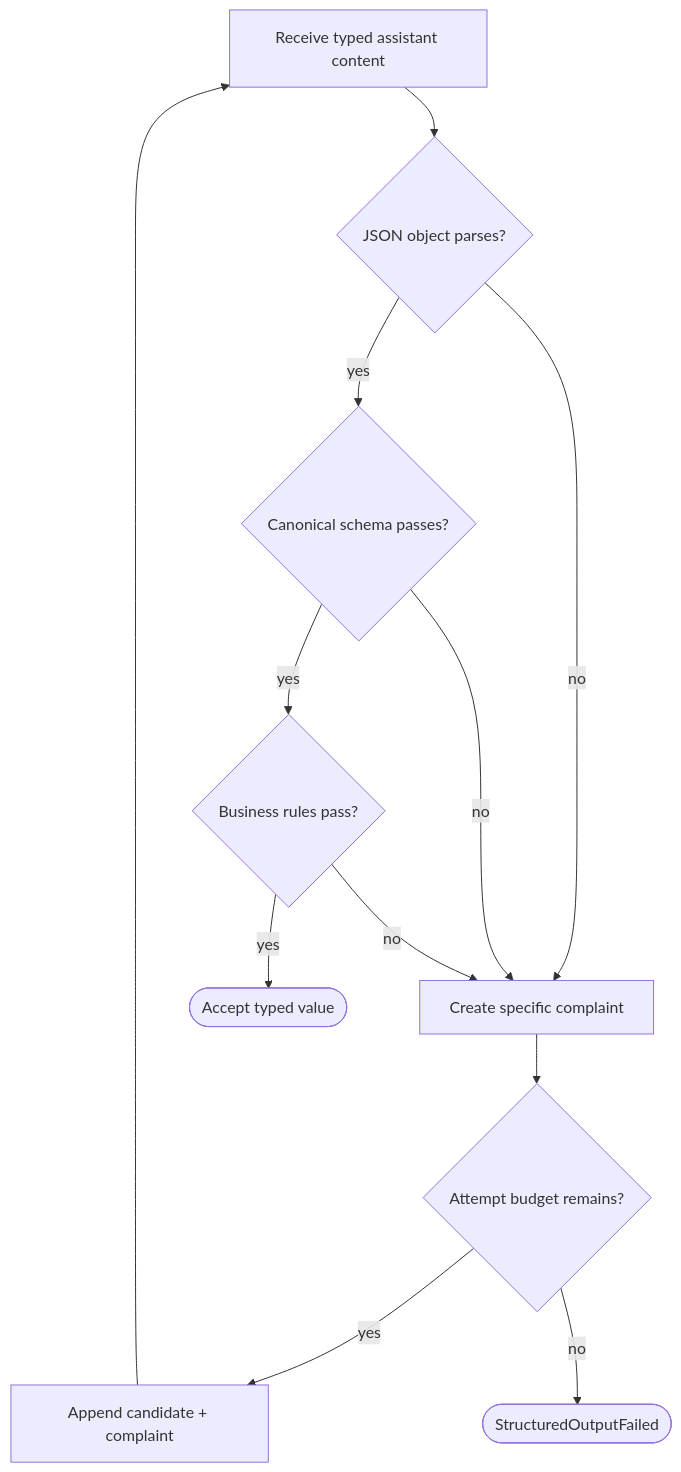
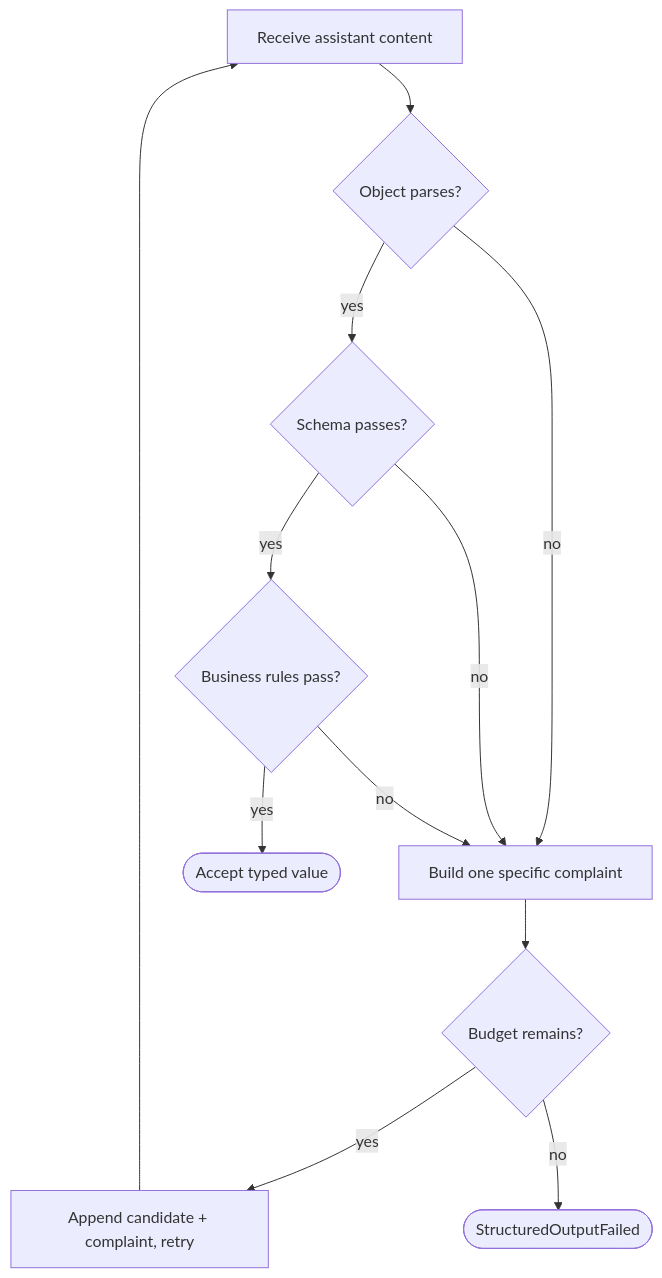
Before and after one commit to omkarsarde/agentic-engineering-at-scale: the second of 4 diagrams in chapters/12-api-surface.qmd, drawn with Mermaid. The commit also changed other lines of this file and 22 other files, not shown here.

````diff
--- a/chapters/12-api-surface.qmd
+++ b/chapters/12-api-surface.qmd
@@ -272,16 +690,17 @@
 ```{mermaid}
+%%| echo: false
 %%| label: fig-ch12-repair-loop
-%%| fig-cap: "Where does a bounded repair loop stop trusting model output?"
+%%| fig-cap: "Where does a bounded repair loop stop trusting model output? Every path back to the model is a retry of a safe recomputation; only the application accepts a value, and only within a finite budget."
 flowchart TD
-    R["Receive typed assistant content"] --> P{"JSON object parses?"}
-    P -->|"no"| E["Create specific complaint"]
-    P -->|"yes"| S{"Canonical schema passes?"}
-    S -->|"no"| E
-    S -->|"yes"| B{"Business rules pass?"}
-    B -->|"no"| E
-    B -->|"yes"| A(["Accept typed value"])
-    E --> Q{"Attempt budget remains?"}
-    Q -->|"yes"| M["Append candidate + complaint"]
+    R["Receive assistant content"] --> P{"Object parses?"}
+    P -->|no| E["Build one specific complaint"]
+    P -->|yes| S{"Schema passes?"}
+    S -->|no| E
+    S -->|yes| B{"Business rules pass?"}
+    B -->|no| E
+    B -->|yes| A(["Accept typed value"])
+    E --> Q{"Budget remains?"}
+    Q -->|yes| M["Append candidate + complaint, retry"]
     M --> R
-    Q -->|"no"| F(["StructuredOutputFailed"])
+    Q -->|no| F(["StructuredOutputFailed"])
 ```
````
